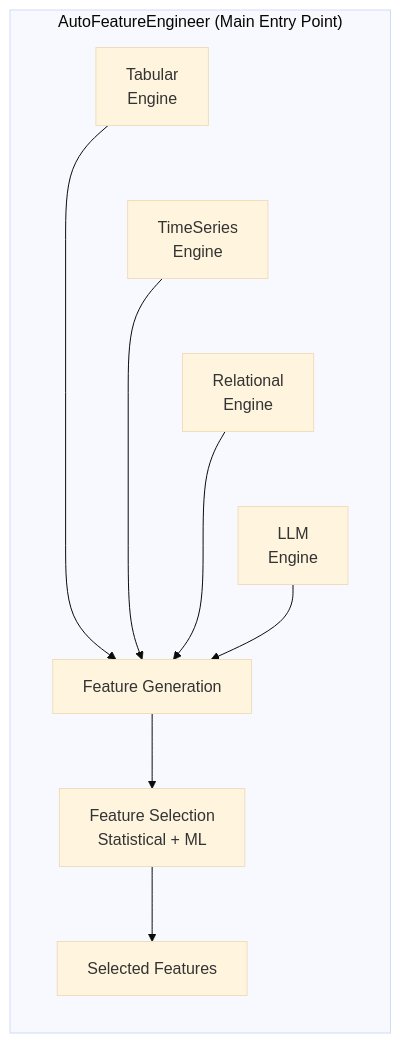
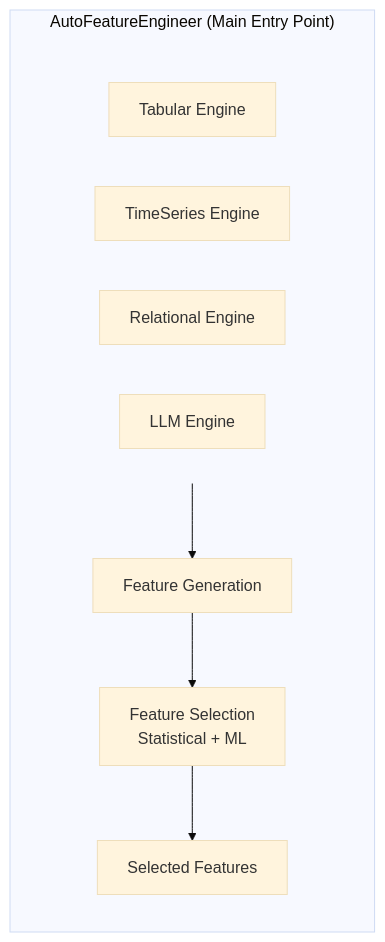
The diagram in docs/user-guide/overview.md (thinkall/featcopilot), drawn with Mermaid (base theme) before and after one commit.

Commit message:
docs: use LR subgraph to force engines in same row

````diff
--- a/docs/user-guide/overview.md
+++ b/docs/user-guide/overview.md
@@ -7,18 +7,22 @@
 ```mermaid
 flowchart TB
     subgraph AE["AutoFeatureEngineer (Main Entry Point)"]
         direction TB
 
-        TE[Tabular<br/>Engine] ~~~ TSE[TimeSeries<br/>Engine] ~~~ RE[Relational<br/>Engine] ~~~ LE[LLM<br/>Engine]
+        subgraph Engines[" "]
+            direction LR
+            TE[Tabular Engine]
+            TSE[TimeSeries Engine]
+            RE[Relational Engine]
+            LE[LLM Engine]
+        end
 
         FG[Feature Generation]
-
         FS[Feature Selection<br/>Statistical + ML]
-
         SF[Selected Features]
 
-        TE & TSE & RE & LE --> FG
-        FG --> FS
-        FS --> SF
+        Engines --> FG --> FS --> SF
     end
+
+    style Engines fill:none,stroke:none
 ```
````
